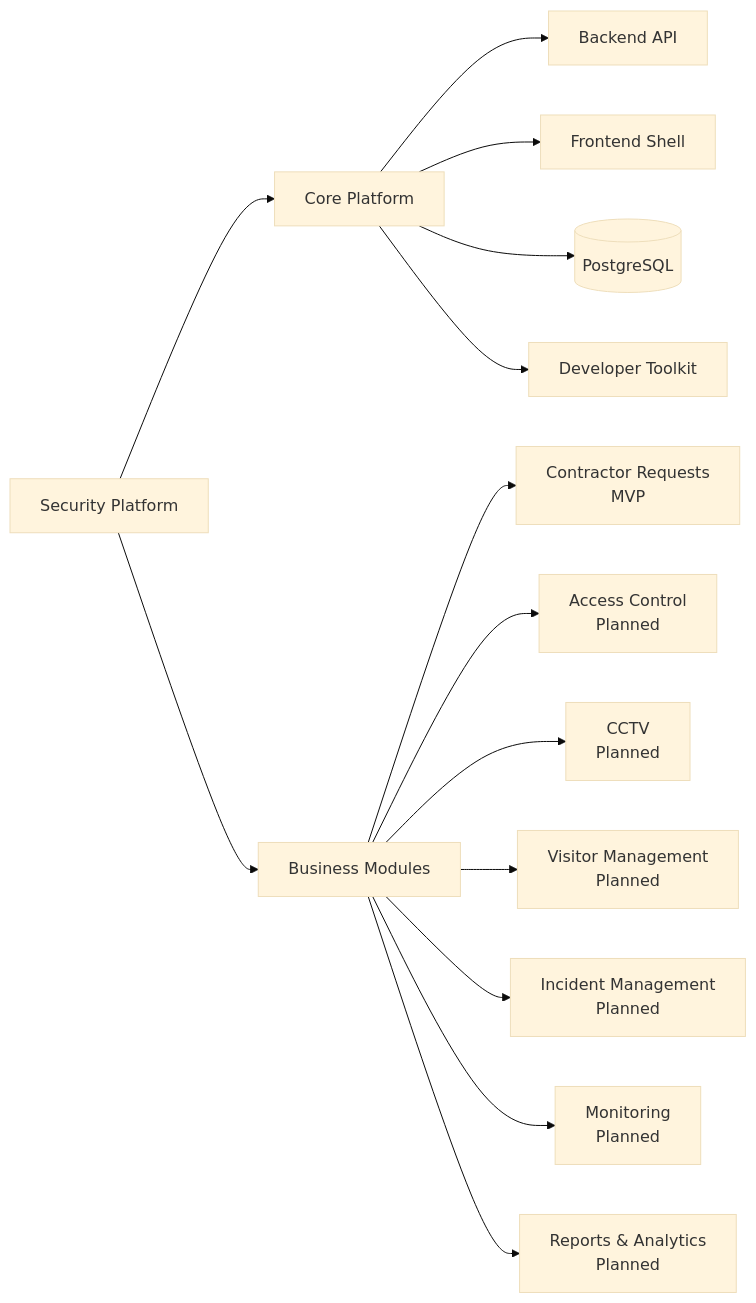
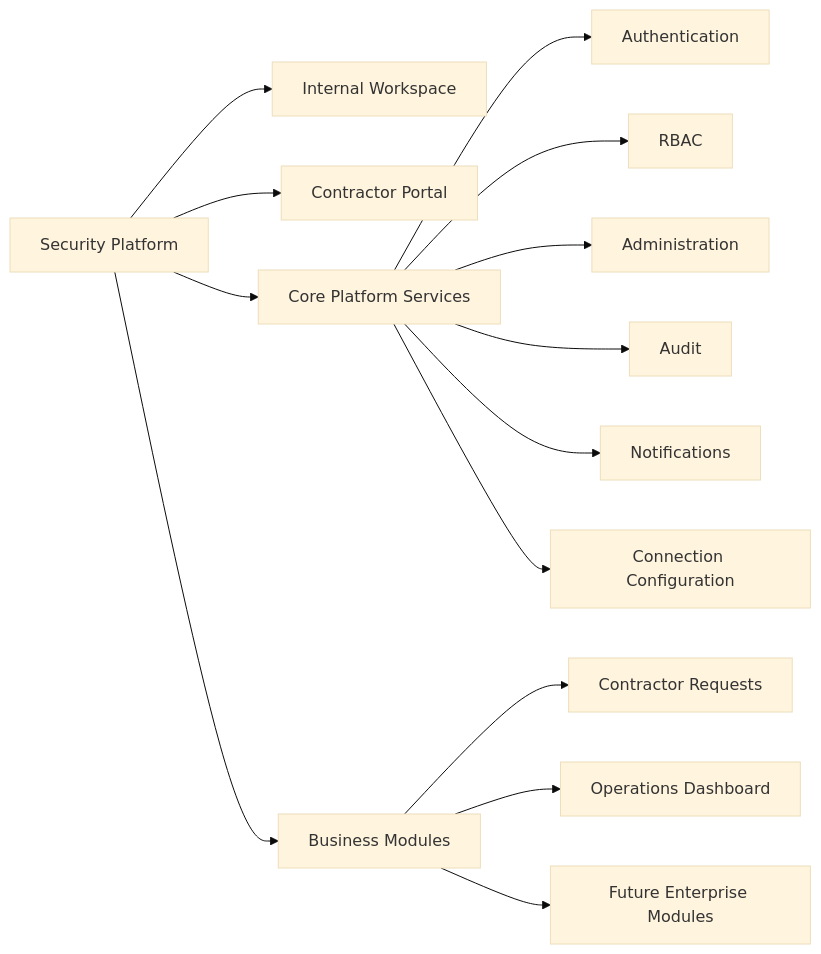
One commit to Villeust/security-platform changed the second of 3 diagrams in README.md. Above: the diagram before and after it, drawn with Mermaid (base theme). The commit also changed other lines of this file and 9 other files, not shown here.

````diff
--- a/README.md
+++ b/README.md
@@ -66,19 +88,18 @@
 ```mermaid
 flowchart LR
-    Platform[Security Platform]
-    Platform --> Core[Core Platform]
+    Platform[Security Platform] --> Internal[Internal Workspace]
+    Platform --> Portal[Contractor Portal]
+    Platform --> Core[Core Platform Services]
     Platform --> Modules[Business Modules]
 
-    Core --> API[Backend API]
-    Core --> UI[Frontend Shell]
-    Core --> DB[(PostgreSQL)]
-    Core --> DX[Developer Toolkit]
+    Core --> Auth[Authentication]
+    Core --> RBAC[RBAC]
+    Core --> Admin[Administration]
+    Core --> Audit[Audit]
+    Core --> Notifications[Notifications]
+    Core --> Integrations[Connection Configuration]
 
-    Modules --> Contractor[Contractor Requests<br/>MVP]
-    Modules --> Access[Access Control<br/>Planned]
-    Modules --> Cameras[CCTV<br/>Planned]
-    Modules --> Visitors[Visitor Management<br/>Planned]
-    Modules --> Incidents[Incident Management<br/>Planned]
-    Modules --> Monitoring[Monitoring<br/>Planned]
-    Modules --> Reports[Reports & Analytics<br/>Planned]
+    Modules --> Requests[Contractor Requests]
+    Modules --> Dashboard[Operations Dashboard]
+    Modules --> Future[Future Enterprise Modules]
 ```
````
